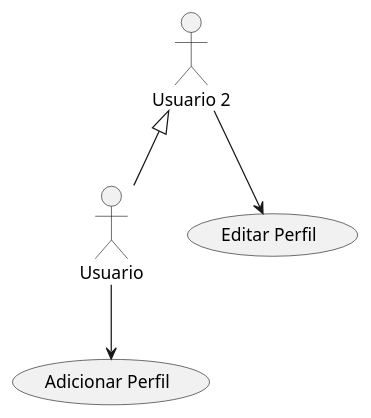
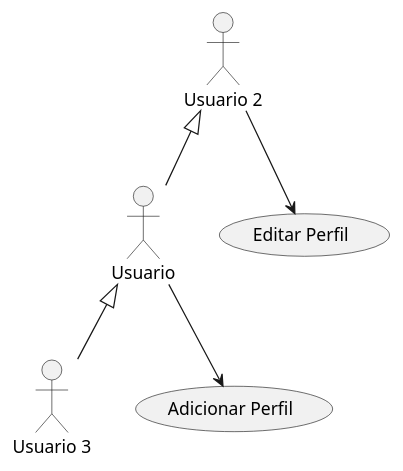
One commit to arrudalabs/mizudo-app changed the diagram in usecases.puml. Above: the diagram before and after it, drawn with PlantUML.

Commit message:
Added new actor: Usuario 3

```diff
--- a/usecases.puml
+++ b/usecases.puml
@@ -1,13 +1,16 @@
 @startuml
 actor Usuario as us
 actor "Usuario 2" as us2
+actor "Usuario 3" as us3
 
 usecase "Adicionar Perfil" as ai
 usecase "Editar Perfil" as ae
 
 us --> ai
 us2 --> ae 
 
 us2 <|-- us
 
+us <|-- us3
+
 @enduml
```
